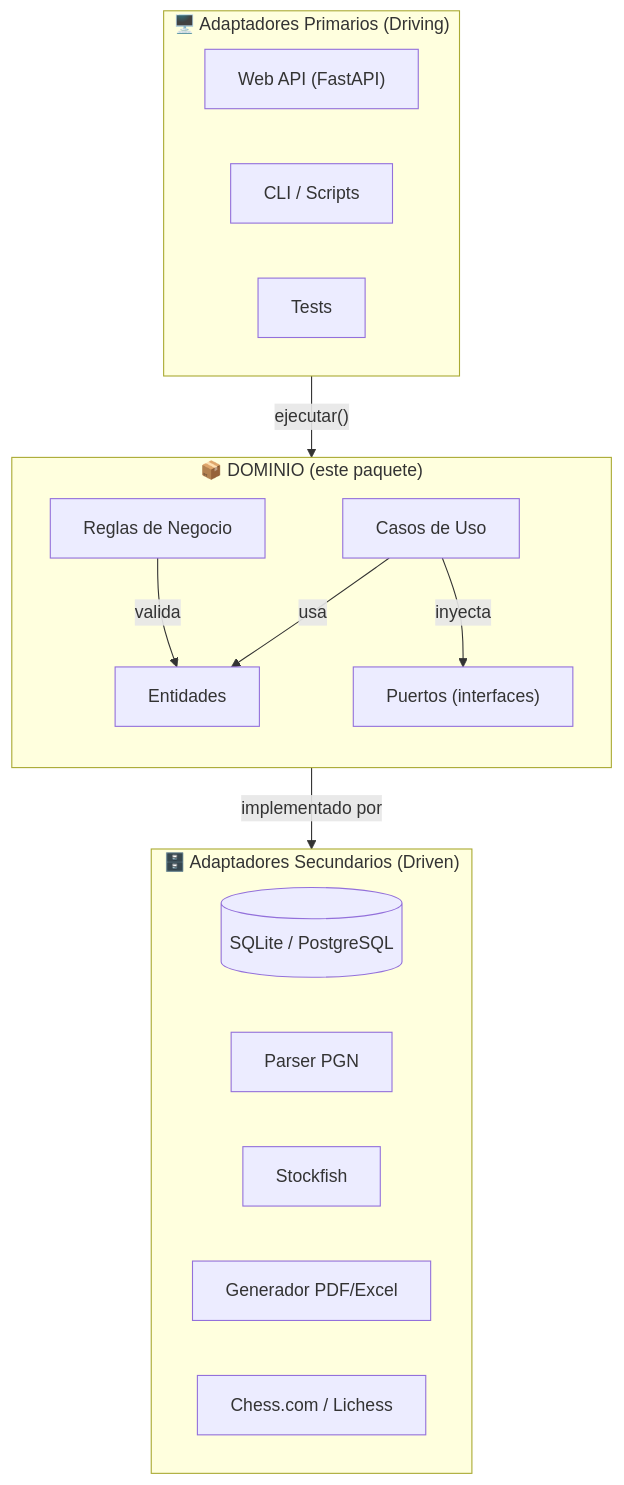
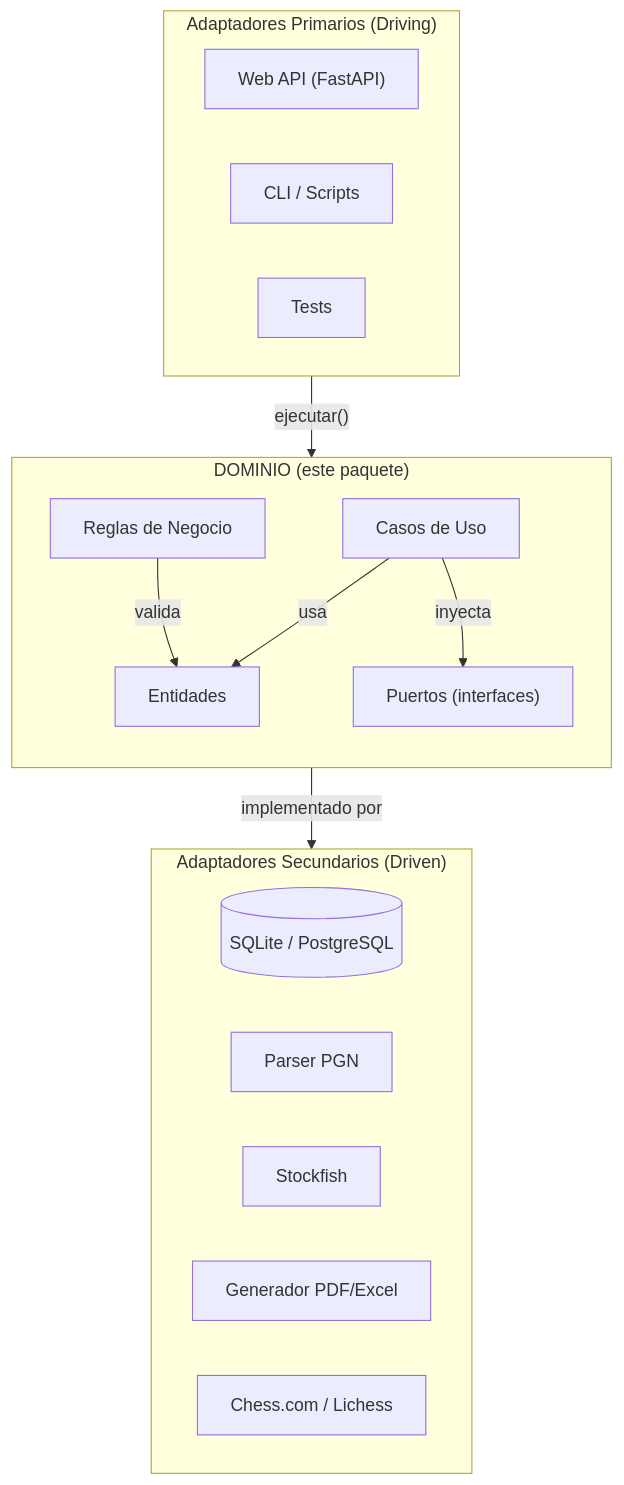
The first of 15 diagrams in Documentacion_del_Dominio.md (gaaguirrer46/Caissa-Analytic), drawn with Mermaid before and after one commit. The commit also changed other lines of this file and 25 other files, not shown here.

````diff
--- a/Documentacion_del_Dominio.md
+++ b/Documentacion_del_Dominio.md
@@ -47,30 +47,30 @@
 ```mermaid
 flowchart TB
-    subgraph Primarios["🖥️ Adaptadores Primarios (Driving)"]
+    subgraph Primarios["Adaptadores Primarios (Driving)"]
         WEB["Web API (FastAPI)"]
         CLI["CLI / Scripts"]
         TEST["Tests"]
     end
 
-    subgraph DOMINIO["📦 DOMINIO (este paquete)"]
+    subgraph DOMINIO["DOMINIO (este paquete)"]
         direction TB
         ENT["Entidades"]
         PUERTOS["Puertos (interfaces)"]
         CDU["Casos de Uso"]
         REGLAS["Reglas de Negocio"]
     end
 
-    subgraph Secundarios["🗄️ Adaptadores Secundarios (Driven)"]
+ subgraph Secundarios[" Adaptadores Secundarios (Driven)"]
         BD[(SQLite / PostgreSQL)]
         PGN["Parser PGN"]
         MOTOR["Stockfish"]
         PDF["Generador PDF/Excel"]
         API_EXT["Chess.com / Lichess"]
     end
 
     Primarios -->|"ejecutar()"| CDU
     CDU -->|"usa"| ENT
     CDU -->|"inyecta"| PUERTOS
     PUERTOS -->|"implementado por"| Secundarios
     REGLAS -->|"valida"| ENT
 ```
````
